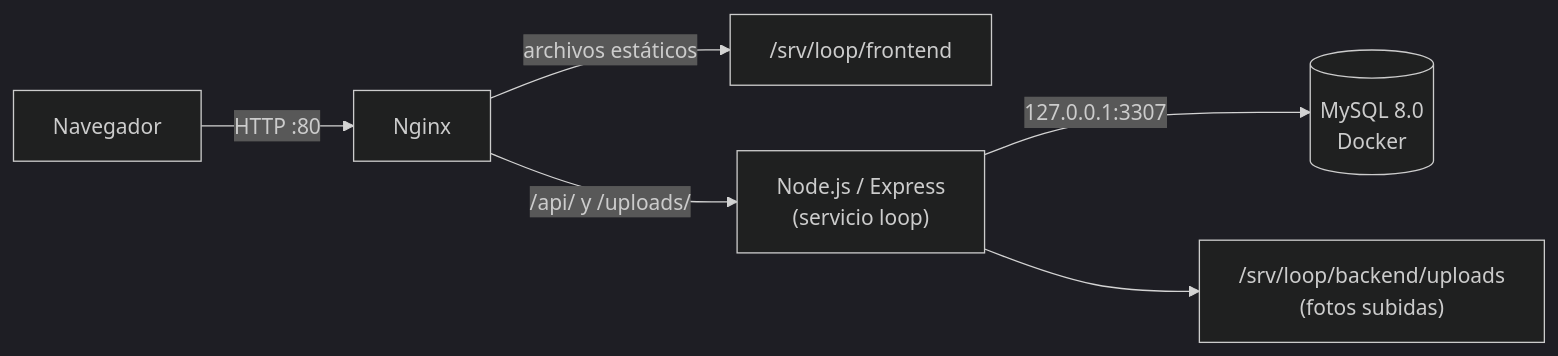
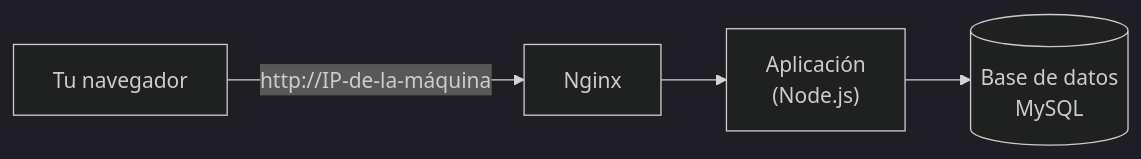
The second of 2 diagrams in README.md (W4samGG7/Proyecto_SED_02-26), drawn with Mermaid (dark theme) before and after one commit. The commit also changed other lines of this file, not shown here.

````diff
--- a/README.md
+++ b/README.md
@@ -222,8 +223,6 @@
 ```mermaid
 flowchart LR
-    U["Navegador"] -->|"HTTP :80"| N["Nginx"]
-    N -->|"archivos estáticos"| FE["/srv/loop/frontend"]
-    N -->|"/api/ y /uploads/"| A["Node.js / Express<br/>(servicio loop)"]
-    A -->|"127.0.0.1:3307"| D[("MySQL 8.0<br/>Docker")]
-    A --> F["/srv/loop/backend/uploads<br/>(fotos subidas)"]
+    U["Tu navegador"] -->|"http://IP-de-la-máquina"| N["Nginx"]
+    N --> A["Aplicación<br/>(Node.js)"]
+    A --> D[("Base de datos<br/>MySQL")]
 ```
````
